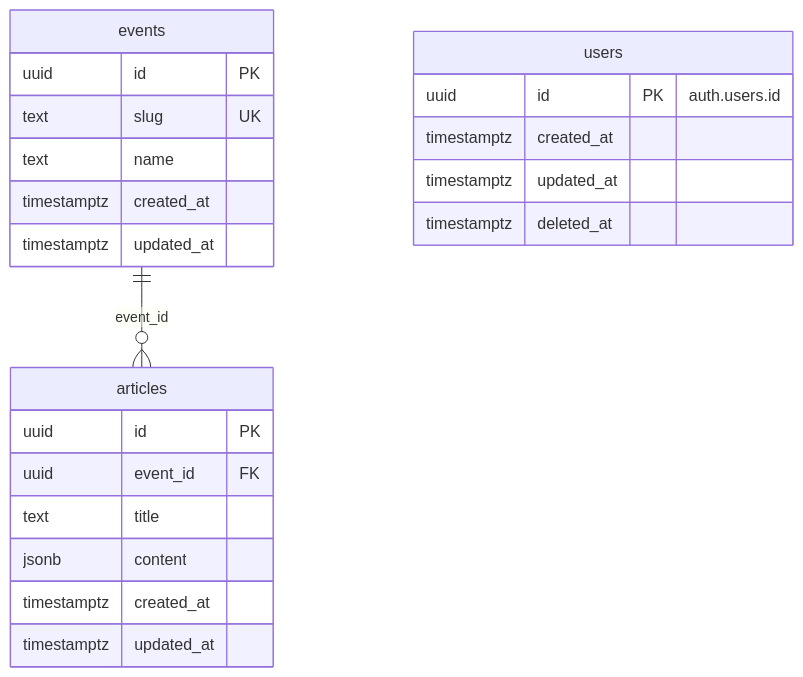
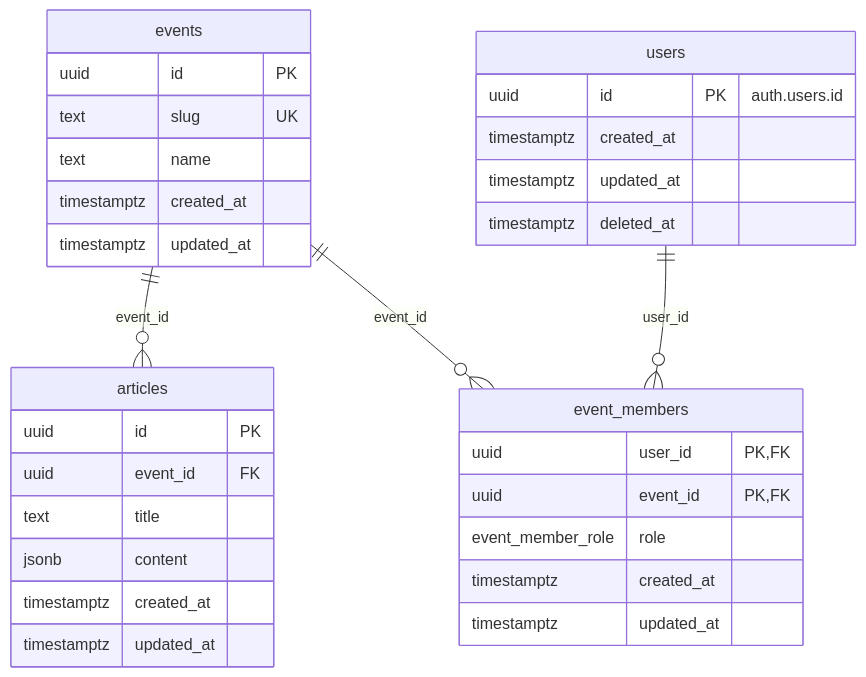
The diagram in docs/db.md (Studio-Takumi/fesp-suite), drawn with Mermaid before and after one commit. The commit also changed other lines of this file and 2 other files, not shown here.

Commit message:
docs: #35 記事 API の認証とイベントへの所属（event_members）の仕様を追加

````diff
--- a/docs/db.md
+++ b/docs/db.md
@@ -3,28 +3,38 @@
 ```mermaid
 erDiagram
     events ||--o{ articles : "event_id"
+    events ||--o{ event_members : "event_id"
+    users ||--o{ event_members : "user_id"
 
     events {
         uuid id PK
         text slug UK
         text name
         timestamptz created_at
         timestamptz updated_at
     }
 
     articles {
         uuid id PK
         uuid event_id FK
         text title
         jsonb content
         timestamptz created_at
         timestamptz updated_at
     }
 
     users {
         uuid id PK "auth.users.id"
         timestamptz created_at
         timestamptz updated_at
         timestamptz deleted_at
     }
+
+    event_members {
+        uuid user_id PK,FK
+        uuid event_id PK,FK
+        event_member_role role
+        timestamptz created_at
+        timestamptz updated_at
+    }
 ```
````
